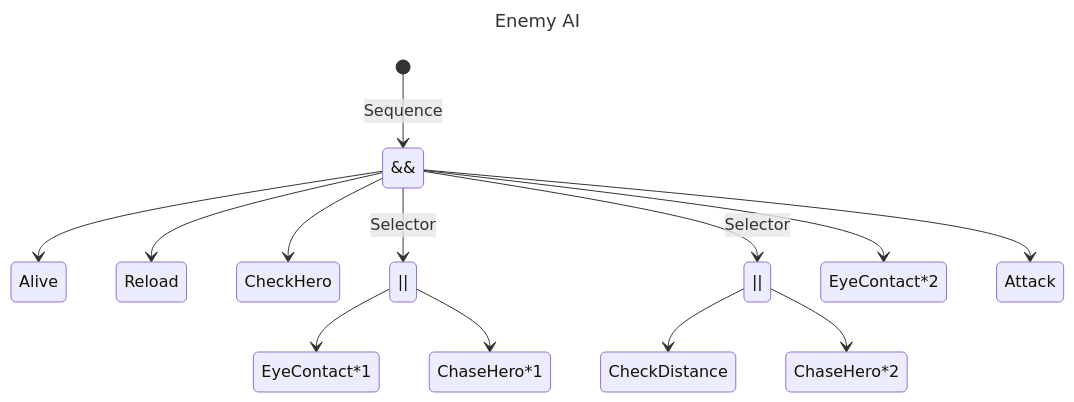
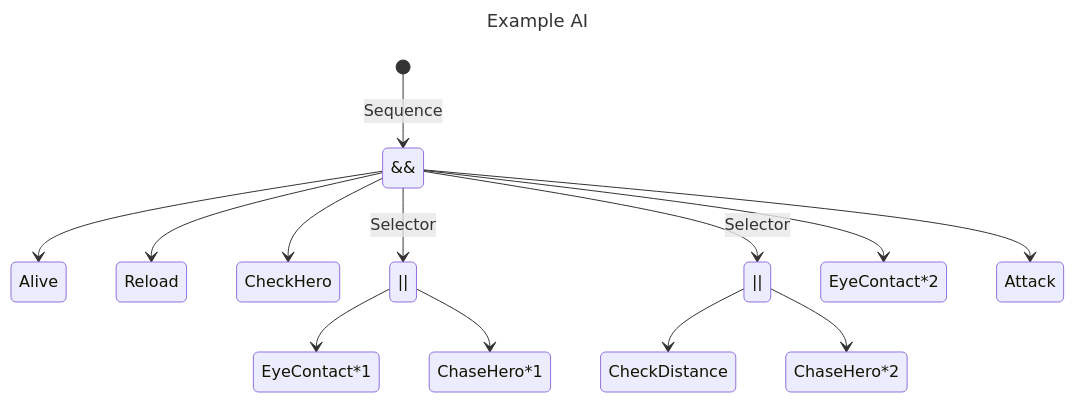
Before and after one commit to aleksandrpp/SpaceMarine: the second of 2 diagrams in README.md, drawn with Mermaid. The commit also changed other lines of this file and 12 other files, not shown here.

````diff
--- a/README.md
+++ b/README.md
@@ -47,26 +49,26 @@
 ```mermaid
 ---
-title: Enemy AI
+title: Example AI
 ---
 stateDiagram-v2
     
     state "&&" as n0
     [*] --> n0 : Sequence
     n0 --> Alive
     n0 --> Reload
     n0 --> CheckHero
 
     state "||" as n1
     n0 --> n1 : Selector
     n1 --> EyeContact*1
     n1 --> ChaseHero*1
 
     state "||" as n2
     n0 --> n2 : Selector
     n2 --> CheckDistance
     n2 --> ChaseHero*2
 
     n0 --> EyeContact*2
     n0 --> Attack
     
 ```
````
